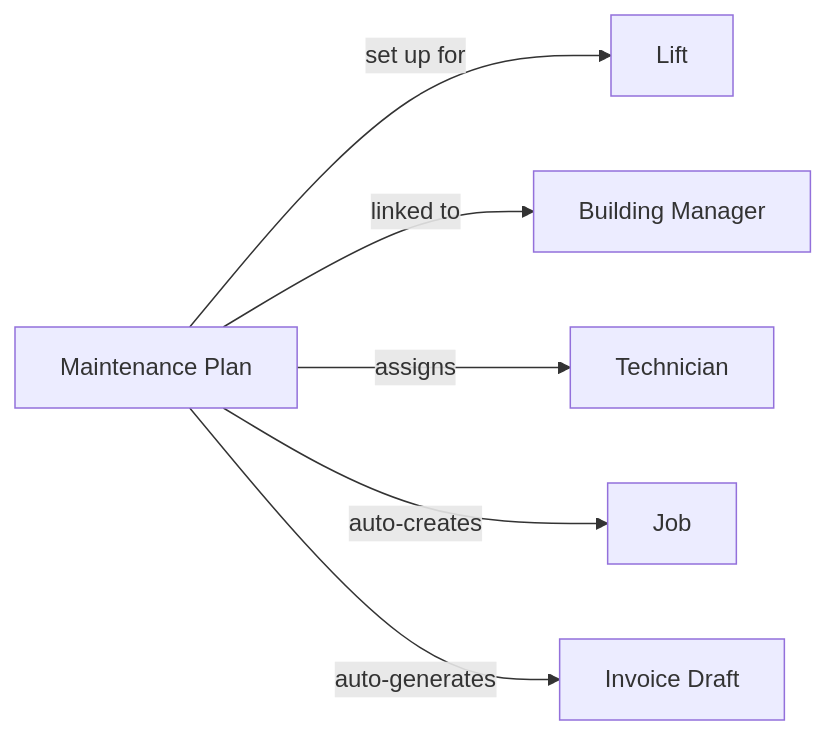
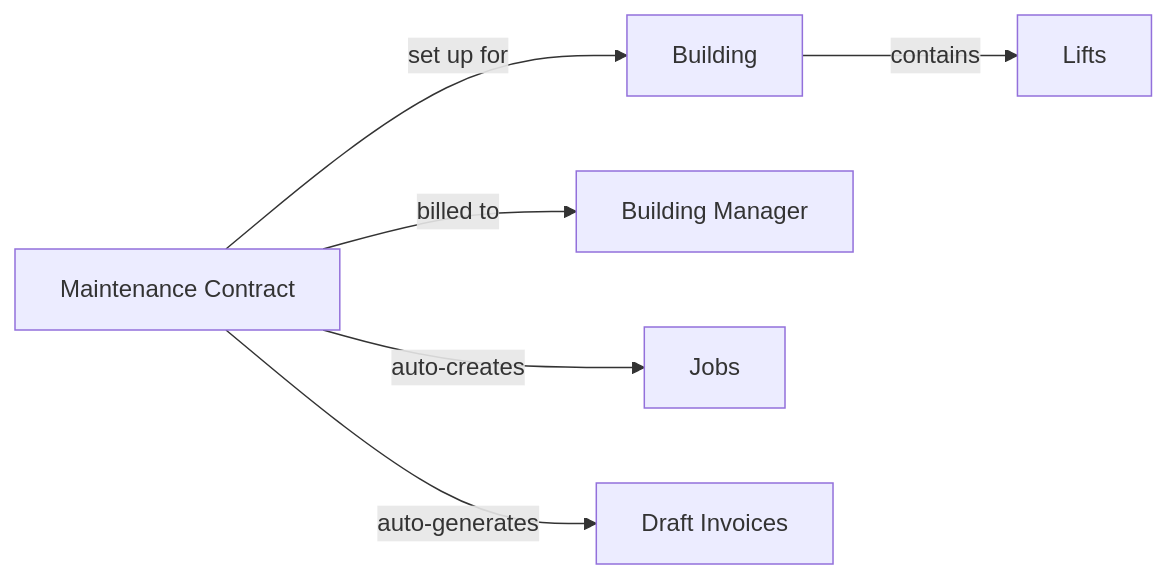
One commit to Reiner-Ong/docs changed the diagram in start/concepts.mdx. Above: the diagram before and after it, drawn with Mermaid. The commit also changed other lines of this file and 69 other files, not shown here.

````diff
--- a/start/concepts.mdx
+++ b/start/concepts.mdx
@@ -95,9 +117,9 @@
 ```mermaid
 flowchart LR
-    Plan["Maintenance Plan"]
-    Plan -->|set up for| Lift["Lift"]
-    Plan -->|linked to| BM["Building Manager"]                                                                                                                                                            
-    Plan -->|assigns| Tech["Technician"]
-    Plan -->|auto-creates| Job["Job"]                                                                                                                                                                     
-    Plan -->|auto-generates| Draft["Invoice Draft"]
+    Plan["Maintenance Contract"]
+    Plan -->|set up for| Building["Building"]
+    Building -->|contains| Lift["Lifts"]
+    Plan -->|billed to| BM["Building Manager"]
+    Plan -->|auto-creates| Job["Jobs"]
+    Plan -->|auto-generates| Draft["Draft Invoices"]
 ```
````
